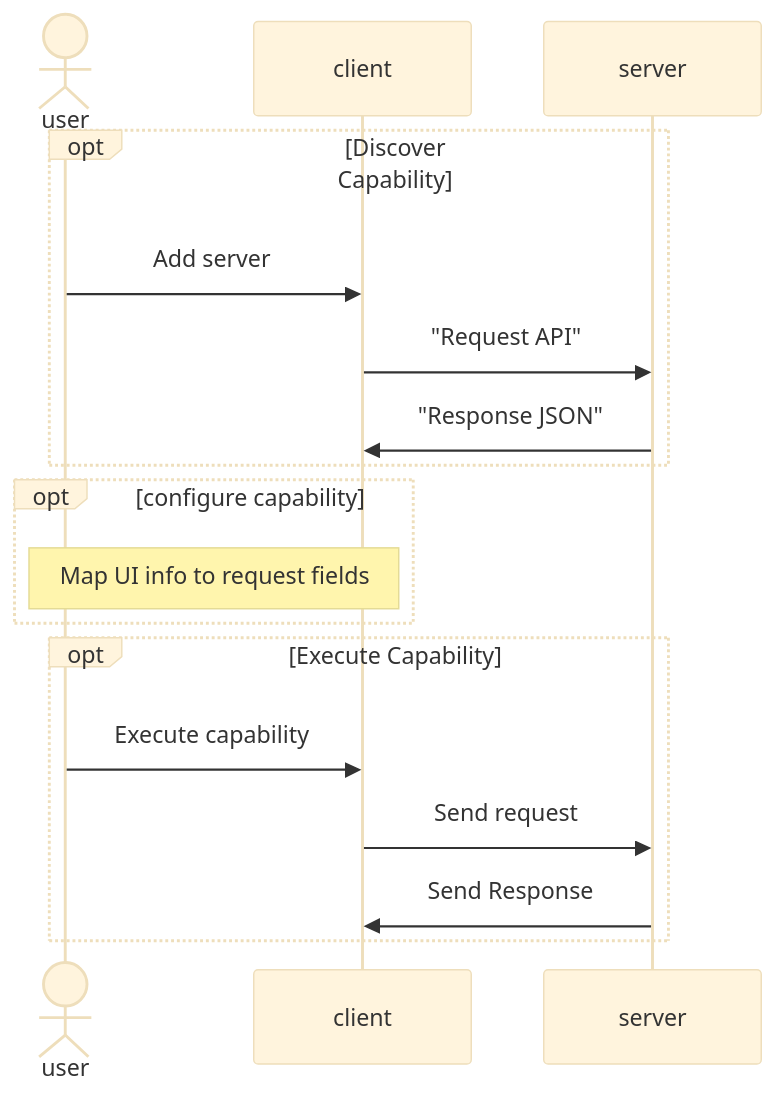
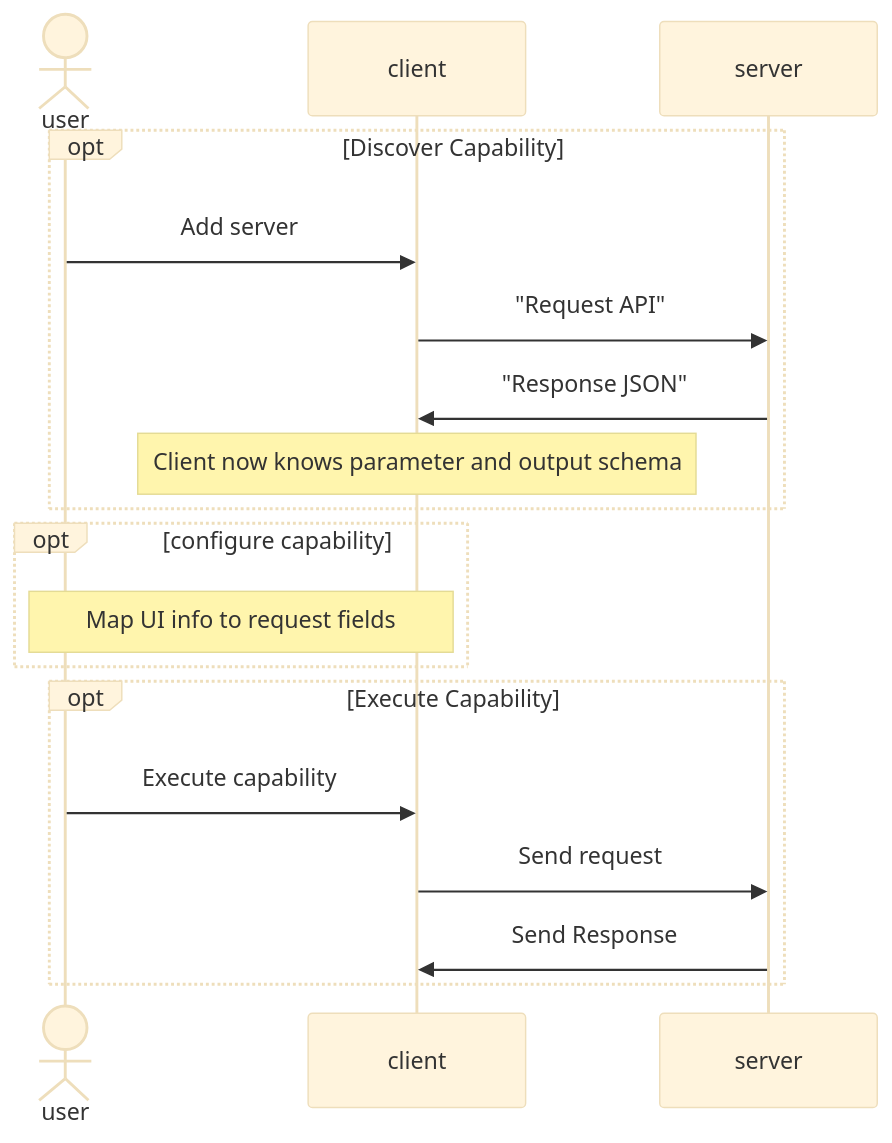
One commit to GassiusODude/spectral_analyzer changed the first of 2 diagrams in docs/support_remote_capabilities.md. Above: the diagram before and after it, drawn with Mermaid (base theme). The commit also changed other lines of this file and 3 other files, not shown here.

```diff
--- a/docs/support_remote_capabilities.md
+++ b/docs/support_remote_capabilities.md
@@ -7,20 +7,21 @@
 ~~~mermaid
 sequenceDiagram
 actor user
 participant client
 participant server
 
 opt Discover Capability
     user ->> client: Add server
     client ->> server: "Request API"
     server ->> client: "Response JSON"
+    note over client: Client now knows parameter and output schema
 end
 opt configure capability
     note over user,client: Map UI info to request fields
 end
 opt Execute Capability
     user ->> client : Execute capability
     client ->> server : Send request
     server ->> client : Send Response
 end
 ~~~
```
